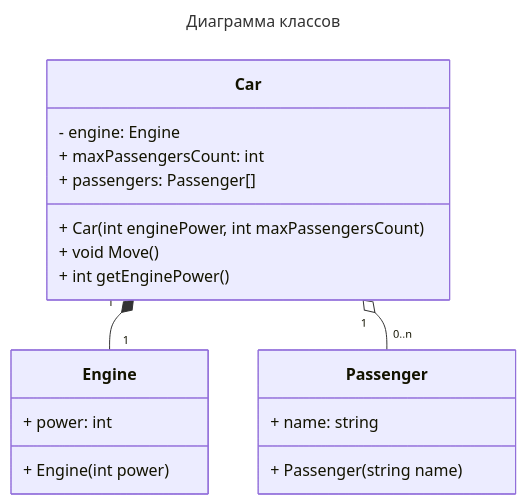
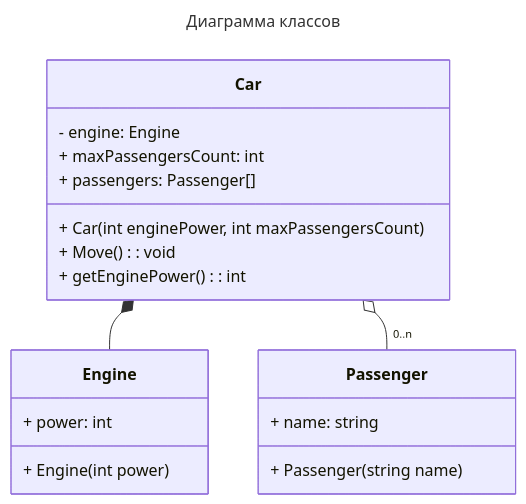
The diagram in АиП/Экзамен АиП С Sharp.md (XTerris/iu6_materials), drawn with Mermaid before and after one commit. The commit also changed other lines of this file and 1 other file, not shown here.

````diff
--- a/АиП/Экзамен АиП С Sharp.md
+++ b/АиП/Экзамен АиП С Sharp.md
@@ -1047,25 +1047,25 @@
 ```mermaid
 ---
 title: Диаграмма классов
 ---
 classDiagram
 	direction TB
-	Car "1" *-- "1" Engine
-	Car "1" o-- "0..n" Passenger
+	Car *-- Engine
+	Car o-- "0..n" Passenger
 	class Car {
 		- engine: Engine
 		+ maxPassengersCount: int
 		+ passengers: Passenger[]
 		+ Car(int enginePower, int maxPassengersCount)
-		+ void Move()
-		+ int getEnginePower()
+		+ Move(): void
+		+ getEnginePower(): int
 	}
 	class Engine {
 		+ power: int
 		+ Engine(int power)
 	}
 	class Passenger {
 		+ name: string
 		+ Passenger(string name)
 	}
 ```
````
